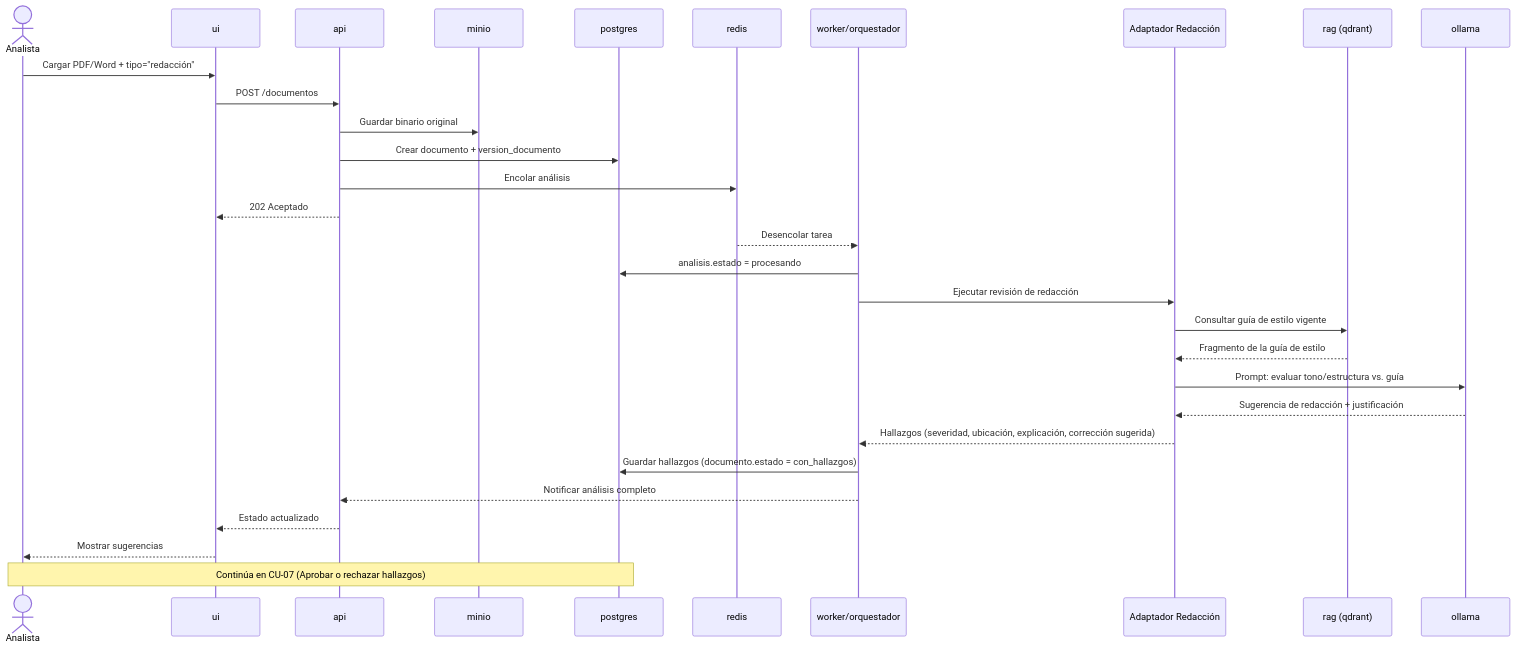
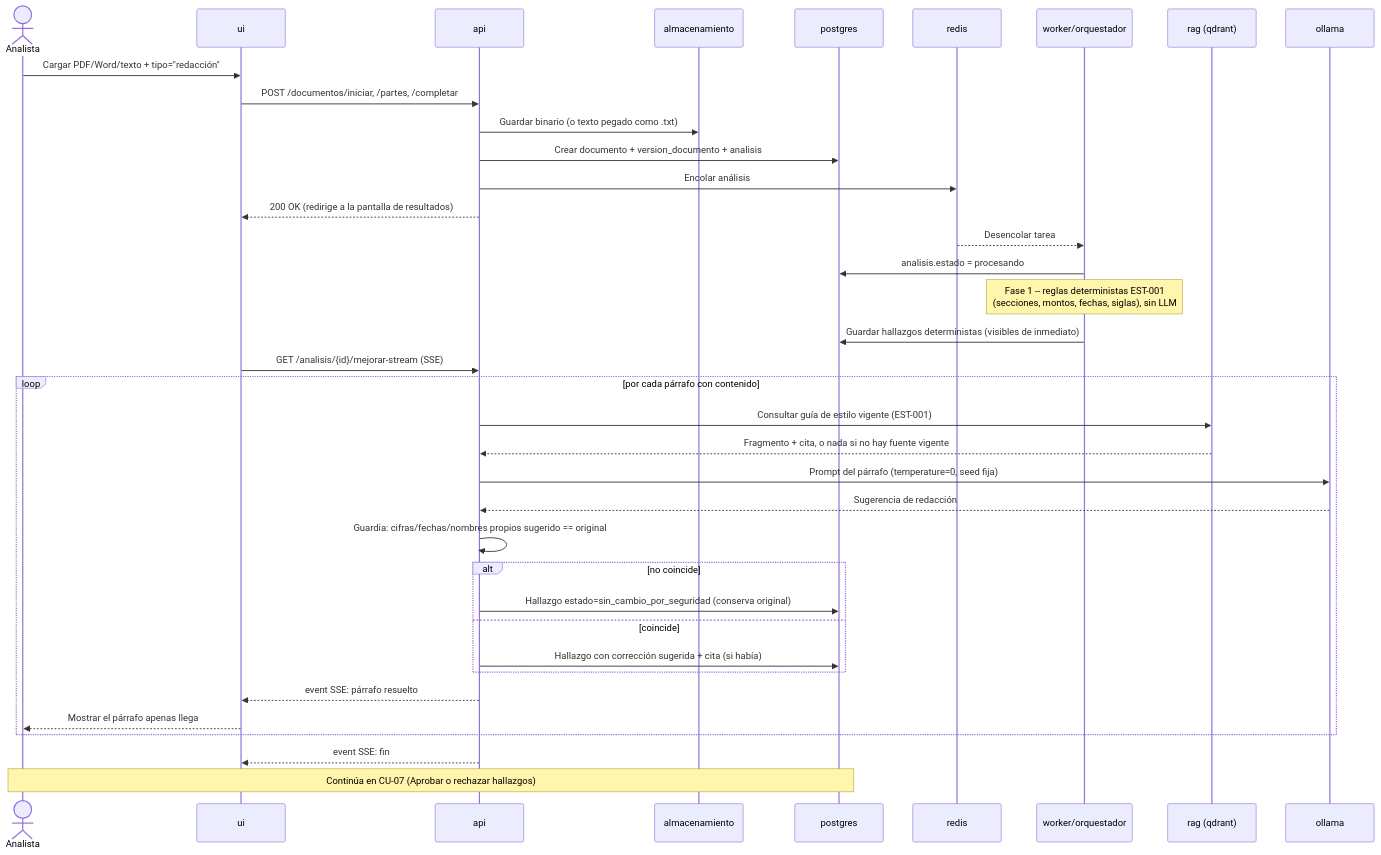
The diagram in docs/03-diseno/secuencia/cu-02-redaccion.md (wallas2022/agente-administrativo), drawn with Mermaid before and after one commit. The commit also changed other lines of this file and 24 other files, not shown here.

First line of the commit message:
feat(redaccion,api,ui): CU-02 Mejorar redacción, Bloque 1 (entrada y motor)

````diff
--- a/docs/03-diseno/secuencia/cu-02-redaccion.md
+++ b/docs/03-diseno/secuencia/cu-02-redaccion.md
@@ -7,35 +9,43 @@
 ```mermaid
 sequenceDiagram
     actor AN as Analista
     participant UI as ui
     participant API as api
-    participant MN as minio
+    participant S3 as almacenamiento
     participant PG as postgres
     participant RD as redis
     participant WK as worker/orquestador
-    participant AR as Adaptador Redacción
     participant RAG as rag (qdrant)
     participant LLM as ollama
 
-    AN->>UI: Cargar PDF/Word + tipo="redacción"
-    UI->>API: POST /documentos
-    API->>MN: Guardar binario original
-    API->>PG: Crear documento + version_documento
+    AN->>UI: Cargar PDF/Word/texto + tipo="redacción"
+    UI->>API: POST /documentos/iniciar, /partes, /completar
+    API->>S3: Guardar binario (o texto pegado como .txt)
+    API->>PG: Crear documento + version_documento + analisis
     API->>RD: Encolar análisis
-    API-->>UI: 202 Aceptado
+    API-->>UI: 200 OK (redirige a la pantalla de resultados)
 
     RD-->>WK: Desencolar tarea
     WK->>PG: analisis.estado = procesando
-    WK->>AR: Ejecutar revisión de redacción
-    AR->>RAG: Consultar guía de estilo vigente
-    RAG-->>AR: Fragmento de la guía de estilo
-    AR->>LLM: Prompt: evaluar tono/estructura vs. guía
-    LLM-->>AR: Sugerencia de redacción + justificación
-    AR-->>WK: Hallazgos (severidad, ubicación, explicación, corrección sugerida)
-    WK->>PG: Guardar hallazgos (documento.estado = con_hallazgos)
-    WK-->>API: Notificar análisis completo
-    API-->>UI: Estado actualizado
-    UI-->>AN: Mostrar sugerencias
+    Note over WK: Fase 1 -- reglas deterministas EST-001<br/>(secciones, montos, fechas, siglas), sin LLM
+    WK->>PG: Guardar hallazgos deterministas (visibles de inmediato)
+
+    UI->>API: GET /analisis/{id}/mejorar-stream (SSE)
+    loop por cada párrafo con contenido
+        API->>RAG: Consultar guía de estilo vigente (EST-001)
+        RAG-->>API: Fragmento + cita, o nada si no hay fuente vigente
+        API->>LLM: Prompt del párrafo (temperature=0, seed fija)
+        LLM-->>API: Sugerencia de redacción
+        API->>API: Guardia: cifras/fechas/nombres propios sugerido == original
+        alt no coincide
+            API->>PG: Hallazgo estado=sin_cambio_por_seguridad (conserva original)
+        else coincide
+            API->>PG: Hallazgo con corrección sugerida + cita (si había)
+        end
+        API-->>UI: event SSE: párrafo resuelto
+        UI-->>AN: Mostrar el párrafo apenas llega
+    end
+    API-->>UI: event SSE: fin
 
     Note over AN,PG: Continúa en CU-07 (Aprobar o rechazar hallazgos)
 ```
````
